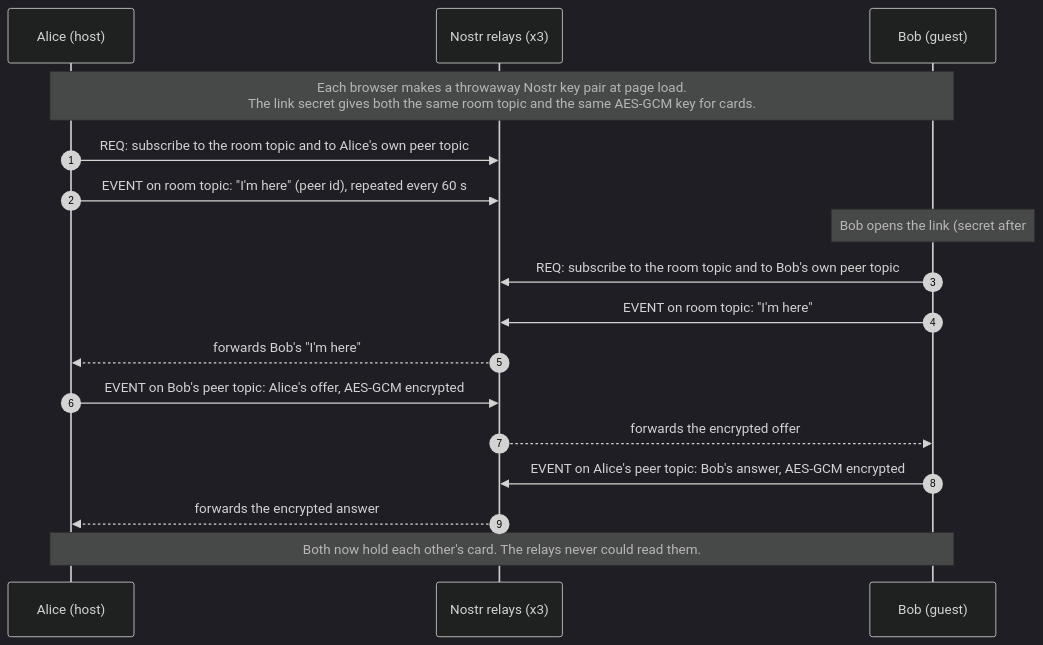
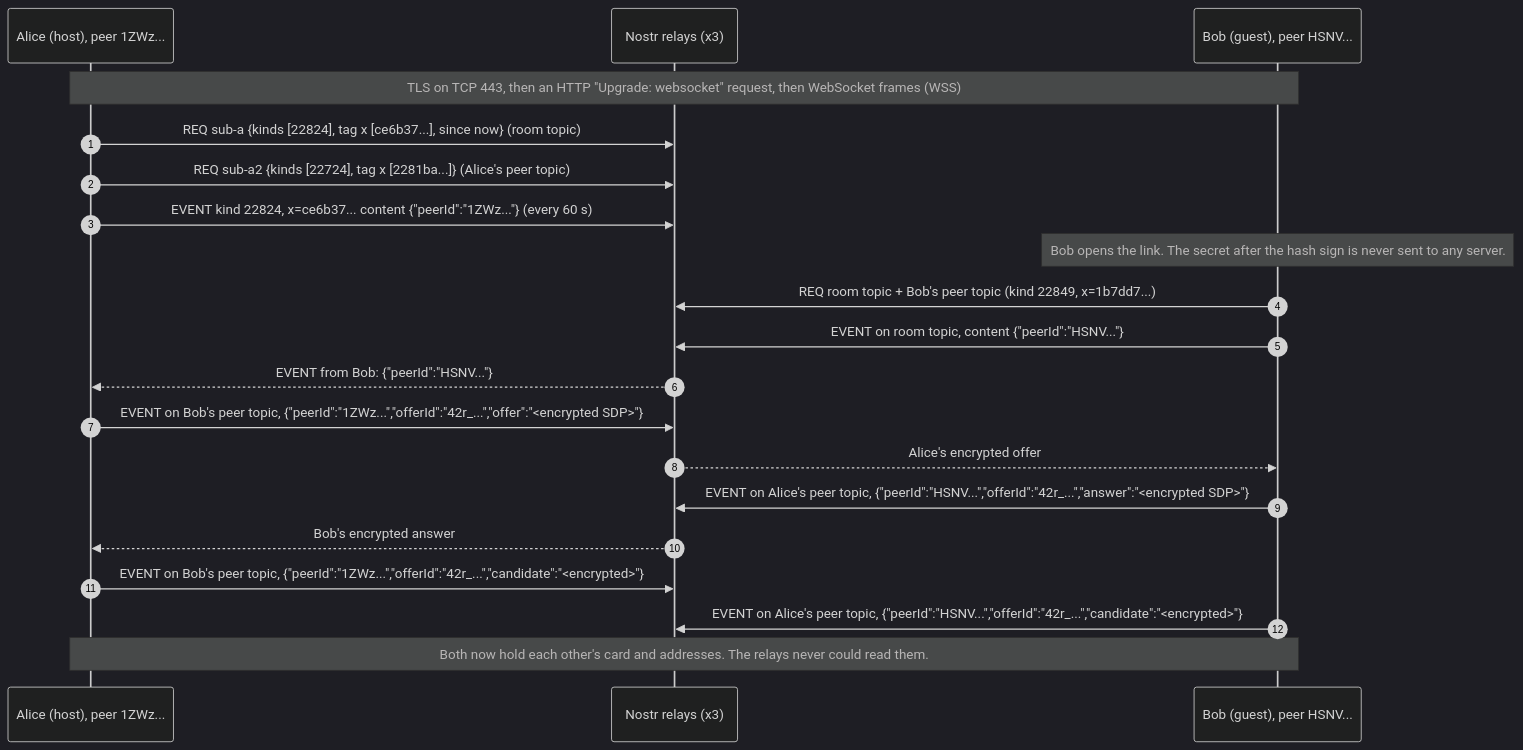
One commit to common-sec/secure-share changed the second of 6 diagrams in docs/COMMUNICATION.md. Above: the diagram before and after it, drawn with Mermaid (dark theme). The commit also changed other lines of this file, not shown here.

````diff
--- a/docs/COMMUNICATION.md
+++ b/docs/COMMUNICATION.md
@@ -77,20 +156,23 @@
 ```mermaid
 sequenceDiagram
     autonumber
-    participant A as Alice (host)
+    participant A as Alice (host), peer 1ZWz...
     participant R as Nostr relays (x3)
-    participant B as Bob (guest)
+    participant B as Bob (guest), peer HSNV...
 
-    Note over A,B: Each browser makes a throwaway Nostr key pair at page load.<br/>The link secret gives both the same room topic and the same AES-GCM key for cards.
-    A->>R: REQ: subscribe to the room topic and to Alice's own peer topic
-    A->>R: EVENT on room topic: "I'm here" (peer id), repeated every 60 s
-    Note over B: Bob opens the link (secret after #, never sent to any server)
-    B->>R: REQ: subscribe to the room topic and to Bob's own peer topic
-    B->>R: EVENT on room topic: "I'm here"
-    R-->>A: forwards Bob's "I'm here"
-    A->>R: EVENT on Bob's peer topic: Alice's offer, AES-GCM encrypted
-    R-->>B: forwards the encrypted offer
-    B->>R: EVENT on Alice's peer topic: Bob's answer, AES-GCM encrypted
-    R-->>A: forwards the encrypted answer
-    Note over A,B: Both now hold each other's card. The relays never could read them.
+    Note over A,B: TLS on TCP 443, then an HTTP "Upgrade: websocket" request, then WebSocket frames (WSS)
+    A->>R: REQ sub-a {kinds [22824], tag x [ce6b37...], since now} (room topic)
+    A->>R: REQ sub-a2 {kinds [22724], tag x [2281ba...]} (Alice's peer topic)
+    A->>R: EVENT kind 22824, x=ce6b37... content {"peerId":"1ZWz..."} (every 60 s)
+    Note over B: Bob opens the link. The secret after the hash sign is never sent to any server.
+    B->>R: REQ room topic + Bob's peer topic (kind 22849, x=1b7dd7...)
+    B->>R: EVENT on room topic, content {"peerId":"HSNV..."}
+    R-->>A: EVENT from Bob: {"peerId":"HSNV..."}
+    A->>R: EVENT on Bob's peer topic, {"peerId":"1ZWz...","offerId":"42r_...","offer":"<encrypted SDP>"}
+    R-->>B: Alice's encrypted offer
+    B->>R: EVENT on Alice's peer topic, {"peerId":"HSNV...","offerId":"42r_...","answer":"<encrypted SDP>"}
+    R-->>A: Bob's encrypted answer
+    A->>R: EVENT on Bob's peer topic, {"peerId":"1ZWz...","offerId":"42r_...","candidate":"<encrypted>"}
+    B->>R: EVENT on Alice's peer topic, {"peerId":"HSNV...","offerId":"42r_...","candidate":"<encrypted>"}
+    Note over A,B: Both now hold each other's card and addresses. The relays never could read them.
 ```
````
